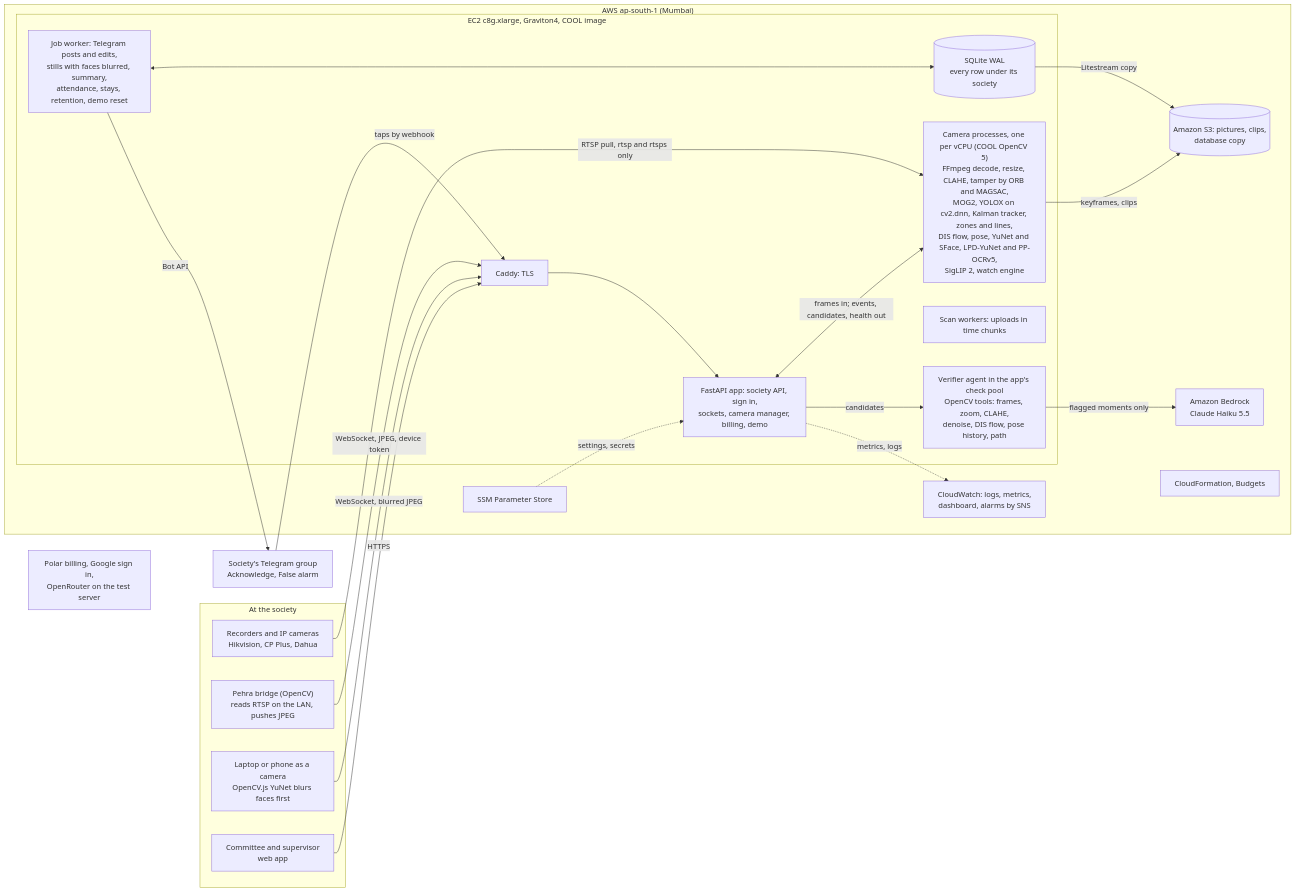
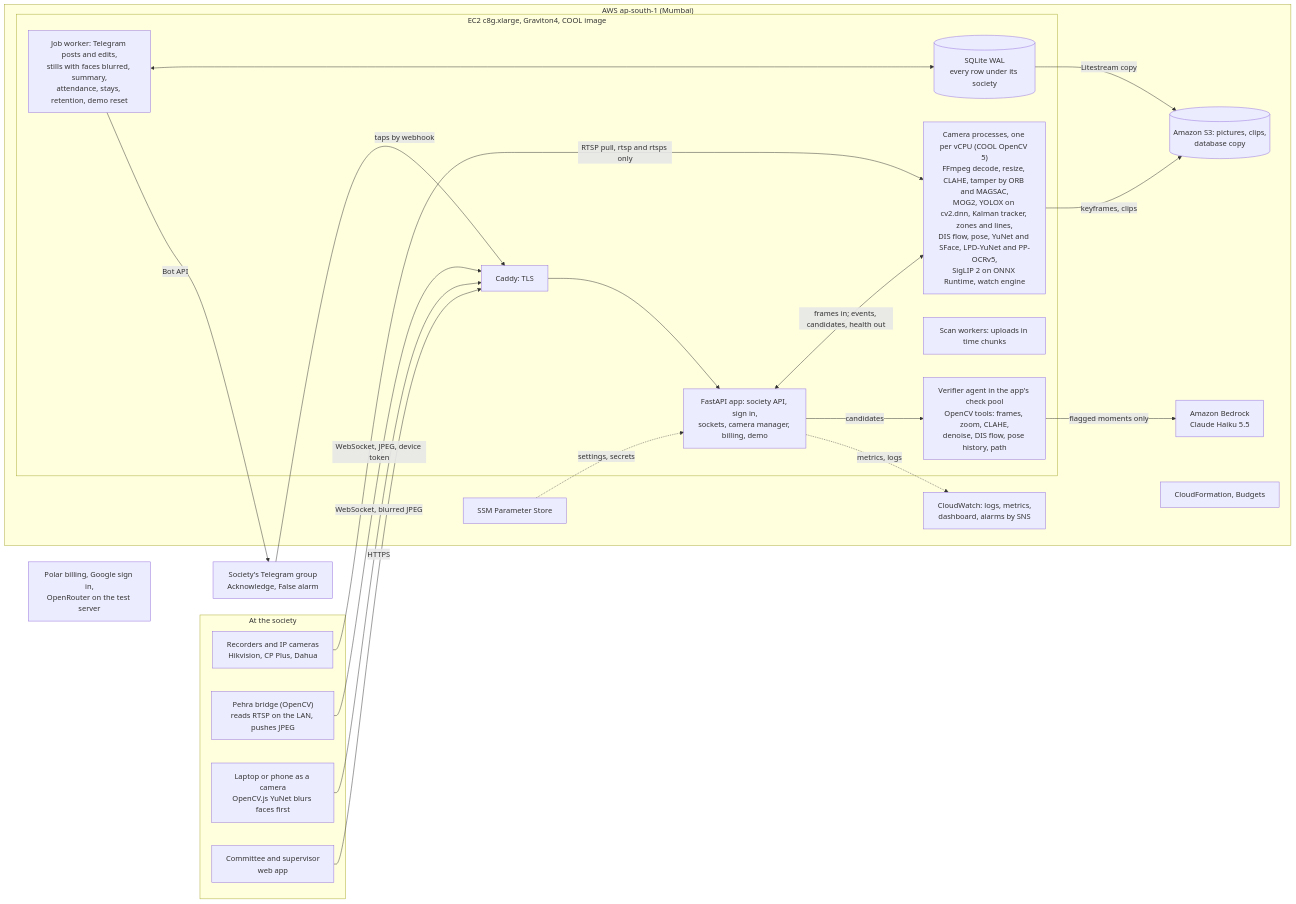
One commit to inventionsbyhamid/pehra changed the diagram in docs/architecture.mmd. Above: the diagram before and after it, drawn with Mermaid. The commit also changed 5 other files, not shown here.

Commit message:
docs: siglip 2 on onnx runtime, its memory numbers

```diff
--- a/docs/architecture.mmd
+++ b/docs/architecture.mmd
@@ -1,42 +1,42 @@
 %% Pehra architecture. architecture.svg is drawn from this by hand, in the same layout.
 flowchart LR
   subgraph society["At the society"]
     NVR["Recorders and IP cameras<br/>Hikvision, CP Plus, Dahua"]
     BRIDGE["Pehra bridge (OpenCV)<br/>reads RTSP on the LAN, pushes JPEG"]
     PHONE["Laptop or phone as a camera<br/>OpenCV.js YuNet blurs faces first"]
     PEOPLE["Committee and supervisor<br/>web app"]
   end
   subgraph aws["AWS ap-south-1 (Mumbai)"]
     subgraph ec2["EC2 c8g.xlarge, Graviton4, COOL image"]
       CADDY["Caddy: TLS"]
       APP["FastAPI app: society API, sign in,<br/>sockets, camera manager, billing, demo"]
       AGENT["Verifier agent in the app's check pool<br/>OpenCV tools: frames, zoom, CLAHE,<br/>denoise, DIS flow, pose history, path"]
-      POOL["Camera processes, one per vCPU (COOL OpenCV 5)<br/>FFmpeg decode, resize, CLAHE, tamper by ORB and MAGSAC,<br/>MOG2, YOLOX on cv2.dnn, Kalman tracker, zones and lines,<br/>DIS flow, pose, YuNet and SFace, LPD-YuNet and PP-OCRv5,<br/>SigLIP 2, watch engine"]
+      POOL["Camera processes, one per vCPU (COOL OpenCV 5)<br/>FFmpeg decode, resize, CLAHE, tamper by ORB and MAGSAC,<br/>MOG2, YOLOX on cv2.dnn, Kalman tracker, zones and lines,<br/>DIS flow, pose, YuNet and SFace, LPD-YuNet and PP-OCRv5,<br/>SigLIP 2 on ONNX Runtime, watch engine"]
       SCAN["Scan workers: uploads in time chunks"]
       JOBS["Job worker: Telegram posts and edits,<br/>stills with faces blurred, summary,<br/>attendance, stays, retention, demo reset"]
       DB[("SQLite WAL<br/>every row under its society")]
     end
     BEDROCK["Amazon Bedrock<br/>Claude Haiku 5.5"]
     S3[("Amazon S3: pictures, clips,<br/>database copy")]
     CW["CloudWatch: logs, metrics,<br/>dashboard, alarms by SNS"]
     SSM["SSM Parameter Store"]
     CFN["CloudFormation, Budgets"]
   end
   TG["Society's Telegram group<br/>Acknowledge, False alarm"]
   OUT["Polar billing, Google sign in,<br/>OpenRouter on the test server"]
 
   NVR -- "RTSP pull, rtsp and rtsps only" --> POOL
   PEOPLE -- HTTPS --> CADDY
   BRIDGE -- "WebSocket, JPEG, device token" --> CADDY
   PHONE -- "WebSocket, blurred JPEG" --> CADDY
   CADDY --> APP
   APP <-- "frames in; events, candidates, health out" --> POOL
   APP -- candidates --> AGENT
   AGENT -- "flagged moments only" --> BEDROCK
   POOL -- "keyframes, clips" --> S3
   JOBS <--> DB
   DB -- "Litestream copy" --> S3
   JOBS -- "Bot API" --> TG
   TG -- "taps by webhook" --> CADDY
   SSM -. "settings, secrets" .-> APP
   APP -. "metrics, logs" .-> CW
```
